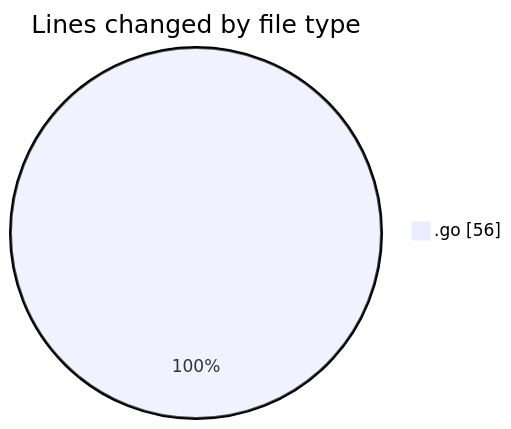
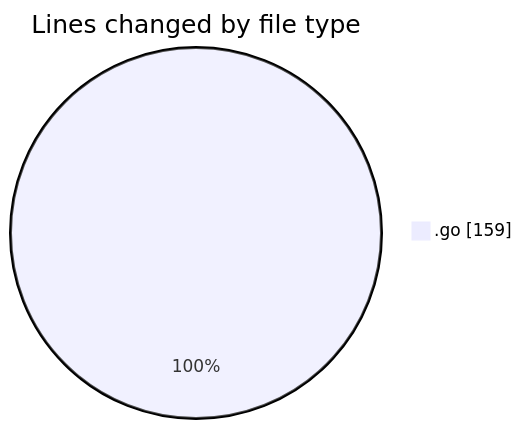
One commit to Ritupan-Deka/code-tracking changed the first of 2 diagrams in 2025-11-01/backend/README.md. Above: the diagram before and after it, drawn with Mermaid. The commit also changed other lines of this file and 1 other file, not shown here.

````diff
--- a/2025-11-01/backend/README.md
+++ b/2025-11-01/backend/README.md
@@ -20,5 +23,5 @@
 ```mermaid
 pie showData
 title Lines changed by file type
-".go" : 56
+".go" : 159
 ```
````
